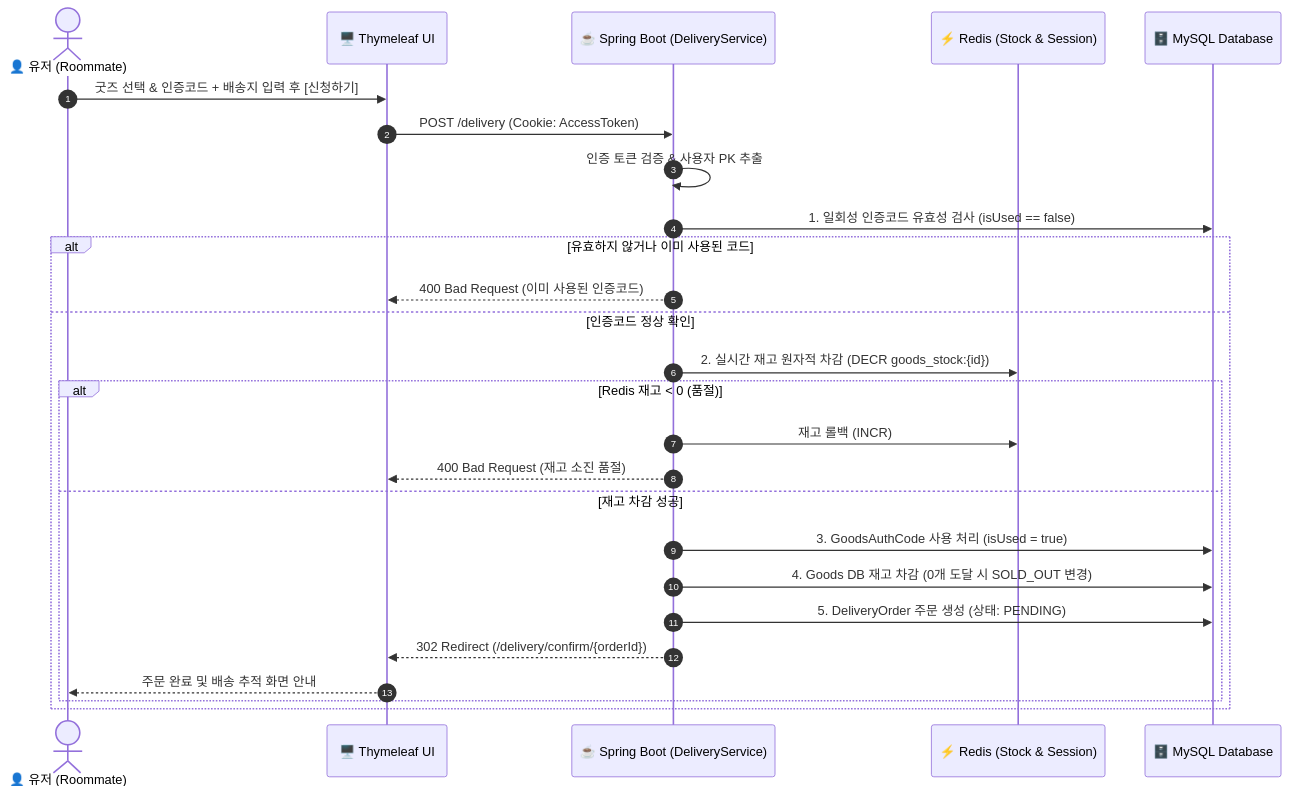
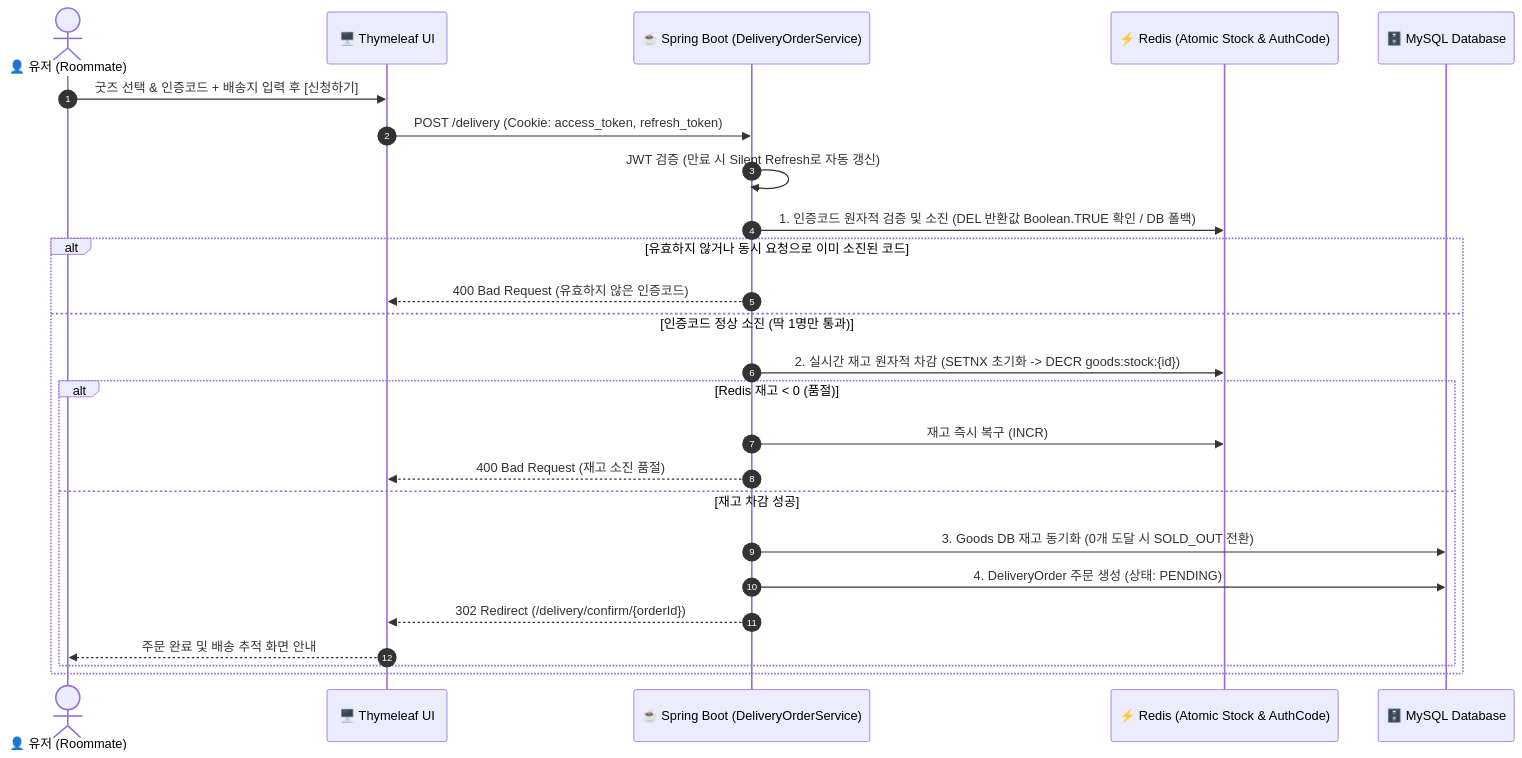
One commit to hoehoeabi/RoomTherapy changed the third of 3 diagrams in README.md. Above: the diagram before and after it, drawn with Mermaid. The commit also changed other lines of this file, not shown here.

````diff
--- a/README.md
+++ b/README.md
@@ -114,29 +110,28 @@
 ```mermaid
 sequenceDiagram
     autonumber
     actor User as 👤 유저 (Roommate)
     participant Web as 🖥️ Thymeleaf UI
-    participant Backend as ☕ Spring Boot (DeliveryService)
-    participant Redis as ⚡ Redis (Stock & Session)
+    participant Backend as ☕ Spring Boot (DeliveryOrderService)
+    participant Redis as ⚡ Redis (Atomic Stock & AuthCode)
     participant DB as 🗄️ MySQL Database
 
     User->>Web: 굿즈 선택 & 인증코드 + 배송지 입력 후 [신청하기]
-    Web->>Backend: POST /delivery (Cookie: AccessToken)
-    Backend->>Backend: 인증 토큰 검증 & 사용자 PK 추출
-    Backend->>DB: 1. 일회성 인증코드 유효성 검사 (isUsed == false)
-    alt 유효하지 않거나 이미 사용된 코드
-        Backend-->>Web: 400 Bad Request (이미 사용된 인증코드)
-    else 인증코드 정상 확인
-        Backend->>Redis: 2. 실시간 재고 원자적 차감 (DECR goods_stock:{id})
+    Web->>Backend: POST /delivery (Cookie: access_token, refresh_token)
+    Backend->>Backend: JWT 검증 (만료 시 Silent Refresh로 자동 갱신)
+    Backend->>Redis: 1. 인증코드 원자적 검증 및 소진 (DEL 반환값 Boolean.TRUE 확인 / DB 폴백)
+    alt 유효하지 않거나 동시 요청으로 이미 소진된 코드
+        Backend-->>Web: 400 Bad Request (유효하지 않은 인증코드)
+    else 인증코드 정상 소진 (딱 1명만 통과)
+        Backend->>Redis: 2. 실시간 재고 원자적 차감 (SETNX 초기화 -> DECR goods:stock:{id})
         alt Redis 재고 < 0 (품절)
-            Backend->>Redis: 재고 롤백 (INCR)
+            Backend->>Redis: 재고 즉시 복구 (INCR)
             Backend-->>Web: 400 Bad Request (재고 소진 품절)
         else 재고 차감 성공
-            Backend->>DB: 3. GoodsAuthCode 사용 처리 (isUsed = true)
-            Backend->>DB: 4. Goods DB 재고 차감 (0개 도달 시 SOLD_OUT 변경)
-            Backend->>DB: 5. DeliveryOrder 주문 생성 (상태: PENDING)
+            Backend->>DB: 3. Goods DB 재고 동기화 (0개 도달 시 SOLD_OUT 전환)
+            Backend->>DB: 4. DeliveryOrder 주문 생성 (상태: PENDING)
             Backend-->>Web: 302 Redirect (/delivery/confirm/{orderId})
             Web-->>User: 주문 완료 및 배송 추적 화면 안내
         end
     end
 ```
````
